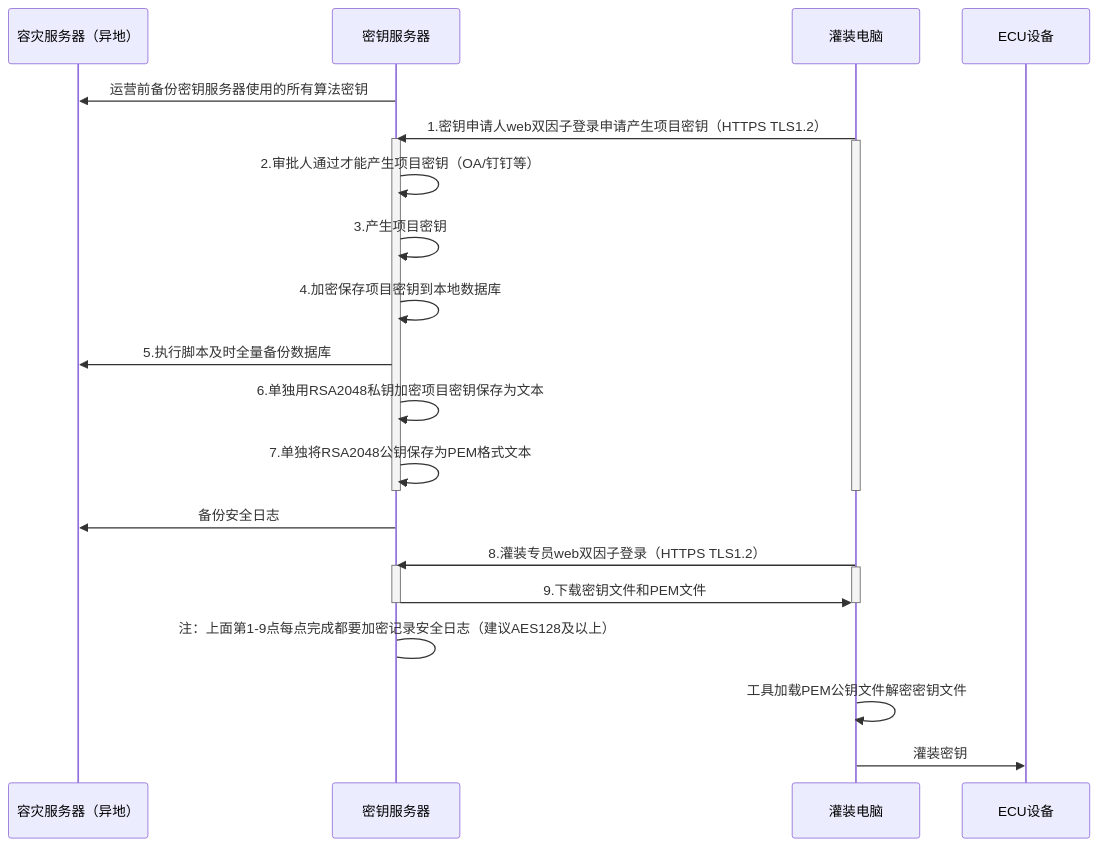
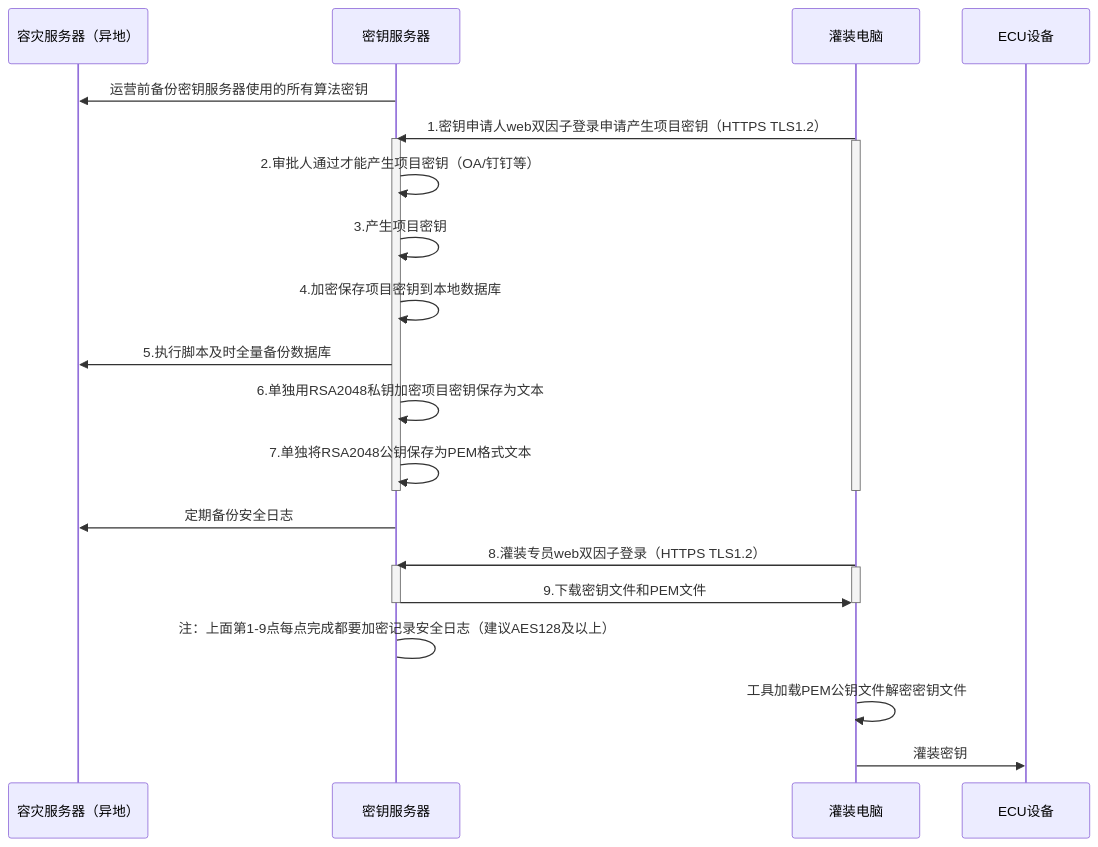
The diagram in all/未命名-15.md (facebook-cloud/iodraw-files), drawn with Mermaid before and after one commit.

Commit message:
2026-02-12 17:18:56 update

````diff
--- a/all/未命名-15.md
+++ b/all/未命名-15.md
@@ -1,34 +1,34 @@
 ```mermaid
 sequenceDiagram
     participant A as 容灾服务器（异地）
     participant B as 密钥服务器
     participant D as 灌装电脑
     participant E as ECU设备
 
     B->>A: 运营前备份密钥服务器使用的所有算法密钥
     D->>B: 1.密钥申请人web双因子登录申请产生项目密钥（HTTPS TLS1.2）
     activate B
     activate D
     B->>B: 2.审批人通过才能产生项目密钥（OA/钉钉等）
     B->>B: 3.产生项目密钥
     B->>B: 4.加密保存项目密钥到本地数据库
     B->>A: 5.执行脚本及时全量备份数据库
     B->>B: 6.单独用RSA2048私钥加密项目密钥保存为文本
     B->>B: 7.单独将RSA2048公钥保存为PEM格式文本
     deactivate B
     deactivate D
 
-    B->>A: 备份安全日志
+    B->>A: 定期备份安全日志
     
     D->>B: 8.灌装专员web双因子登录（HTTPS TLS1.2）
     activate B
     activate D
     B->>D: 9.下载密钥文件和PEM文件
     deactivate B
     deactivate D
     B->B: 注：上面第1-9点每点完成都要加密记录安全日志（建议AES128及以上）
 
     D->>D:工具加载PEM公钥文件解密密钥文件
     
     D->>E: 灌装密钥
 ```
````
